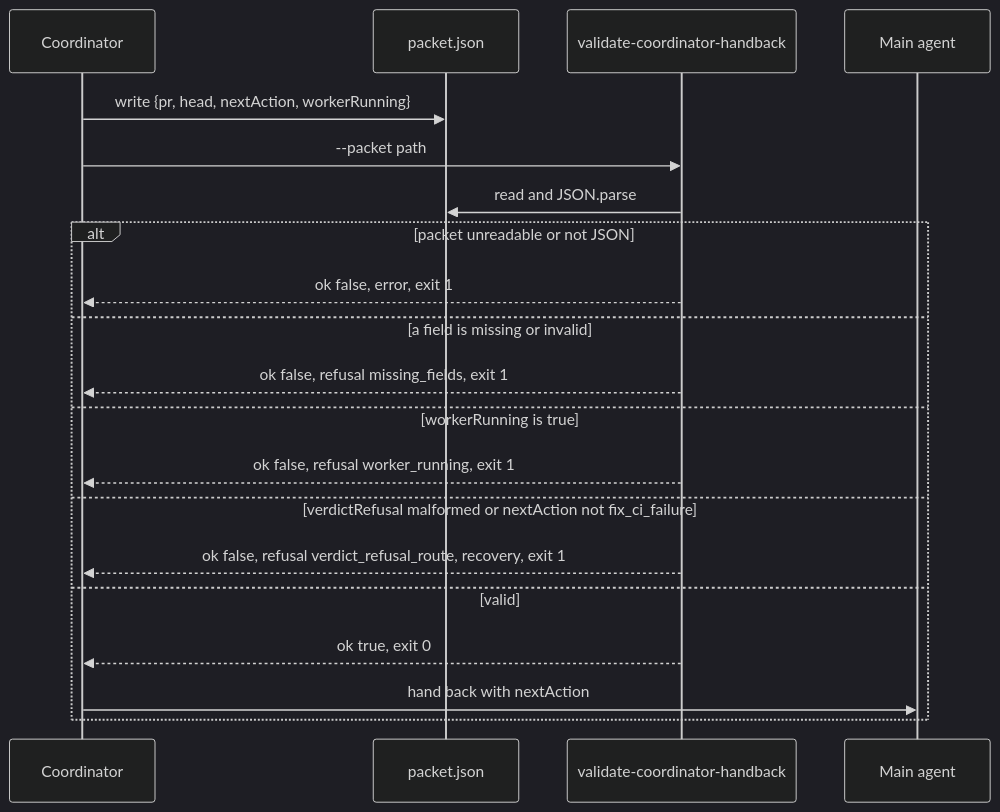
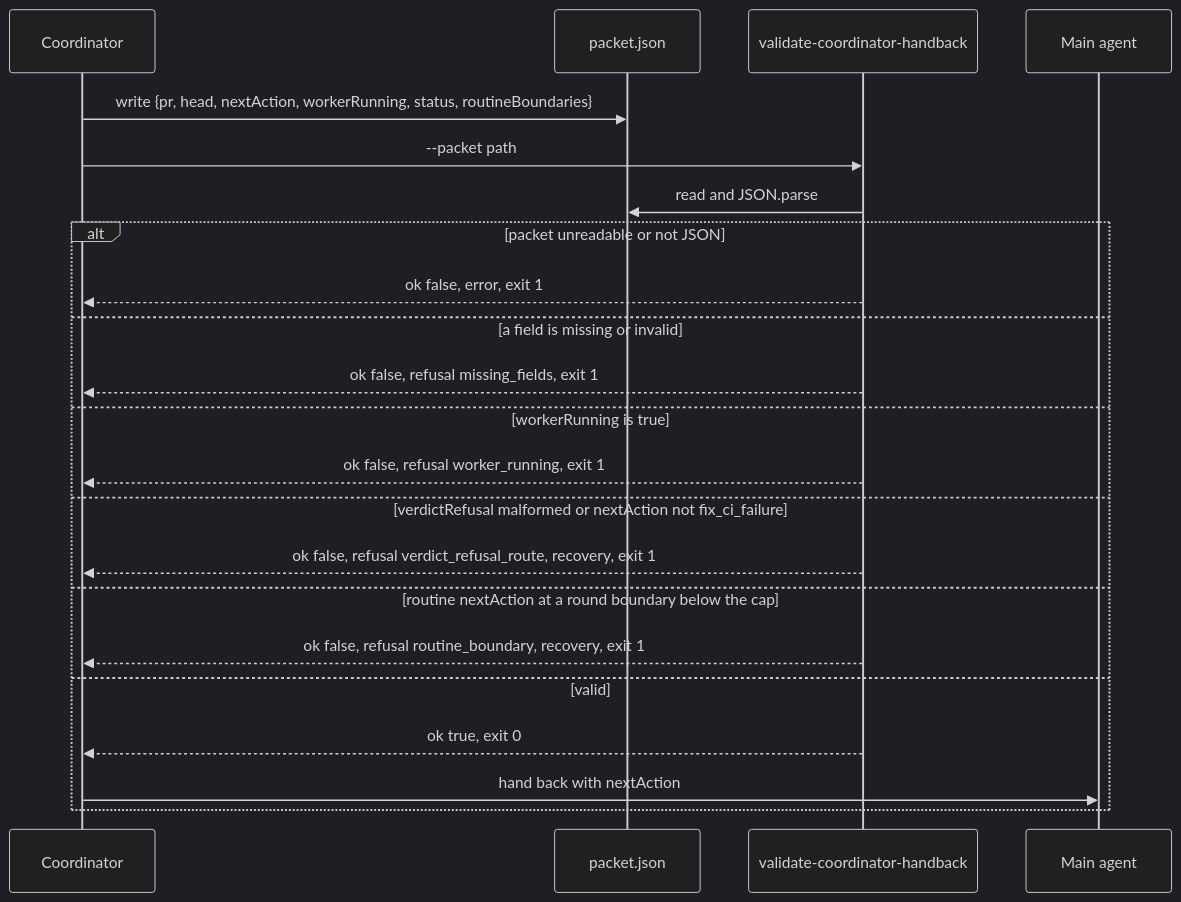
One commit to mfittko/dev-loops changed the ninth of 13 diagrams in docs/atlas/02-data-model.md. Above: the diagram before and after it, drawn with Mermaid (dark theme). The commit also changed other lines of this file and 6 other files, not shown here.

Commit message:
fix(gate): a null or empty status counts as missing and the routine_boundary recovery names --repo

````diff
--- a/docs/atlas/02-data-model.md
+++ b/docs/atlas/02-data-model.md
@@ -453,22 +455,24 @@
 ```mermaid
 sequenceDiagram
     participant C as Coordinator
     participant F as packet.json
     participant V as validate-coordinator-handback
     participant M as Main agent
-    C->>F: write {pr, head, nextAction, workerRunning}
+    C->>F: write {pr, head, nextAction, workerRunning, status, routineBoundaries}
     C->>V: --packet path
     V->>F: read and JSON.parse
     alt packet unreadable or not JSON
         V-->>C: ok false, error, exit 1
     else a field is missing or invalid
         V-->>C: ok false, refusal missing_fields, exit 1
     else workerRunning is true
         V-->>C: ok false, refusal worker_running, exit 1
     else verdictRefusal malformed or nextAction not fix_ci_failure
         V-->>C: ok false, refusal verdict_refusal_route, recovery, exit 1
+    else routine nextAction at a round boundary below the cap
+        V-->>C: ok false, refusal routine_boundary, recovery, exit 1
     else valid
         V-->>C: ok true, exit 0
         C->>M: hand back with nextAction
     end
 ```
````
